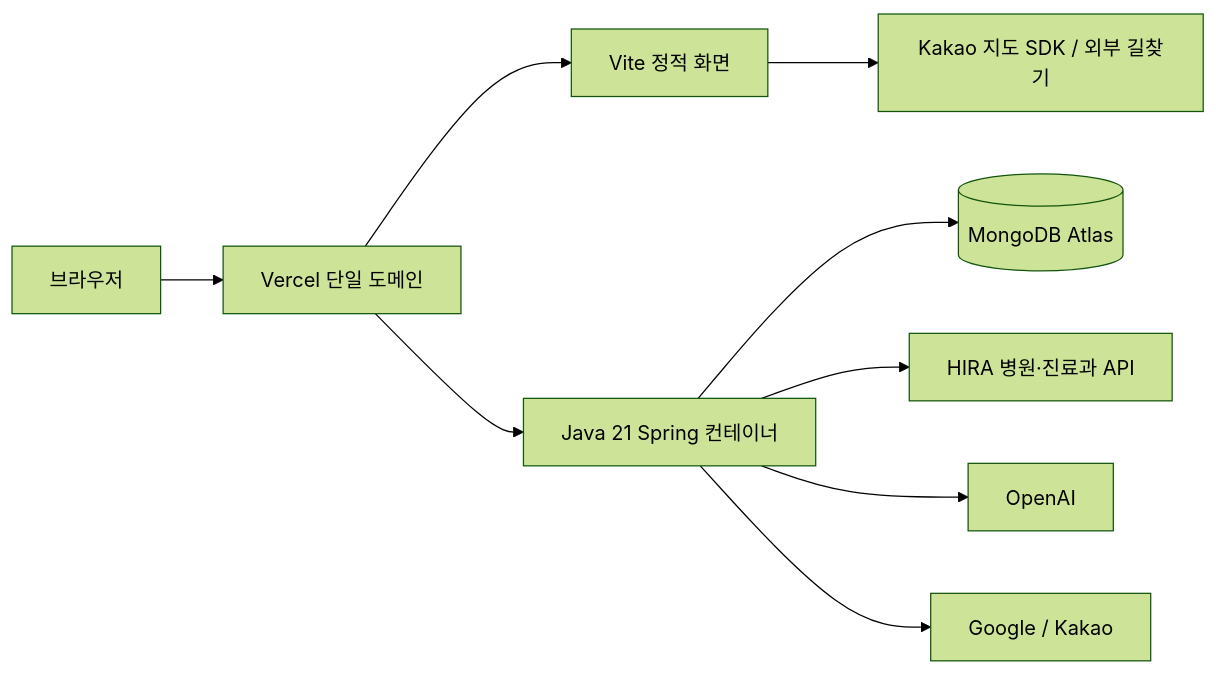
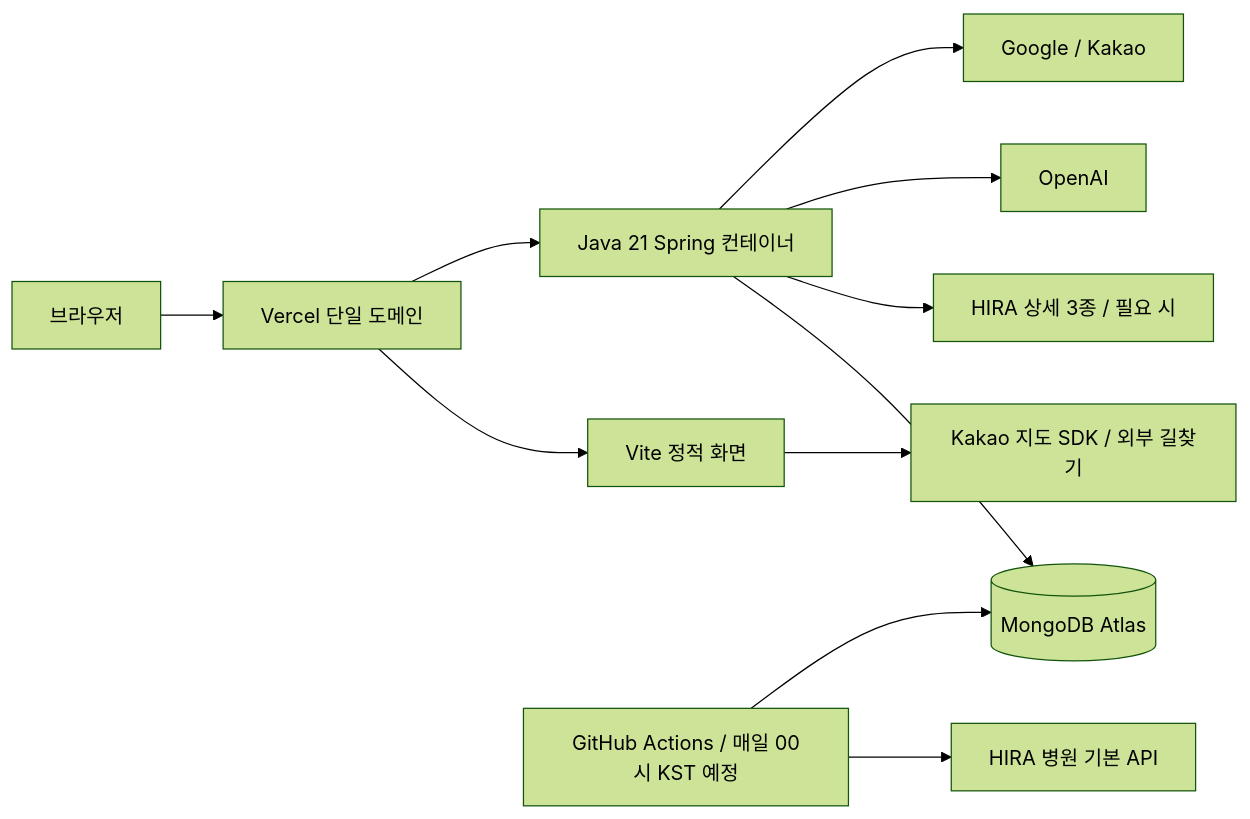
The diagram in docs/architecture.md (DavidPark04/hospital-reservation), drawn with Mermaid (forest theme) before and after one commit. The commit also changed other lines of this file and 19 other files, not shown here.

````diff
--- a/docs/architecture.md
+++ b/docs/architecture.md
@@ -5,11 +5,13 @@
 ```mermaid
 flowchart LR
     Browser[브라우저] --> Vercel[Vercel 단일 도메인]
     Vercel --> FE[Vite 정적 화면]
     Vercel --> BE[Java 21 Spring 컨테이너]
     BE --> DB[(MongoDB Atlas)]
-    BE --> HIRA[HIRA 병원·진료과 API]
+    BE --> Detail[HIRA 상세 3종 / 필요 시]
+    Sync[GitHub Actions / 매일 00시 KST 예정] --> Basic[HIRA 병원 기본 API]
+    Sync --> DB
     BE --> AI[OpenAI]
     BE --> OAuth[Google / Kakao]
     FE --> Maps[Kakao 지도 SDK / 외부 길찾기]
 ```
````
